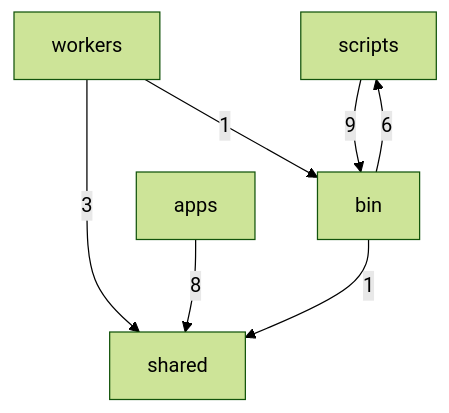
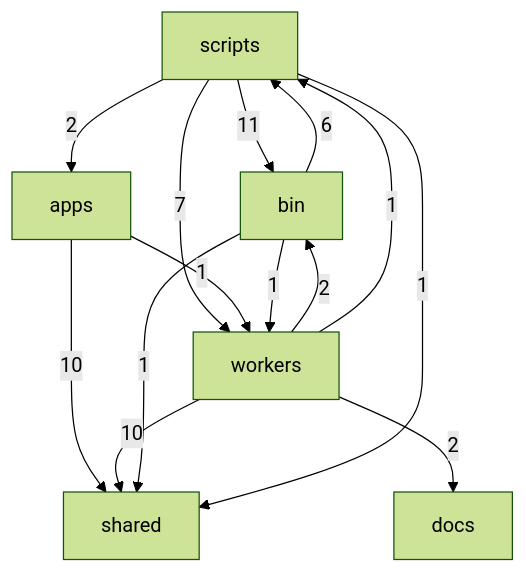
One commit to Sheshiyer/cambium changed the diagram in docs/architecture/DEPENDENCY-GRAPH.md. Above: the diagram before and after it, drawn with Mermaid (forest theme). The commit also changed other lines of this file and 45 other files, not shown here.

````diff
--- a/docs/architecture/DEPENDENCY-GRAPH.md
+++ b/docs/architecture/DEPENDENCY-GRAPH.md
@@ -8,9 +8,16 @@
 ```mermaid
 graph TD
-  scripts["scripts"] -->|9| bin["bin"]
-  apps["apps"] -->|8| shared["shared"]
+  scripts["scripts"] -->|11| bin["bin"]
+  apps["apps"] -->|10| shared["shared"]
+  workers["workers"] -->|10| shared["shared"]
+  scripts["scripts"] -->|7| workers["workers"]
   bin["bin"] -->|6| scripts["scripts"]
-  workers["workers"] -->|3| shared["shared"]
+  scripts["scripts"] -->|2| apps["apps"]
+  workers["workers"] -->|2| bin["bin"]
+  workers["workers"] -->|2| docs["docs"]
+  apps["apps"] -->|1| workers["workers"]
+  bin["bin"] -->|1| workers["workers"]
   bin["bin"] -->|1| shared["shared"]
-  workers["workers"] -->|1| bin["bin"]
+  scripts["scripts"] -->|1| shared["shared"]
+  workers["workers"] -->|1| scripts["scripts"]
 ```
````
